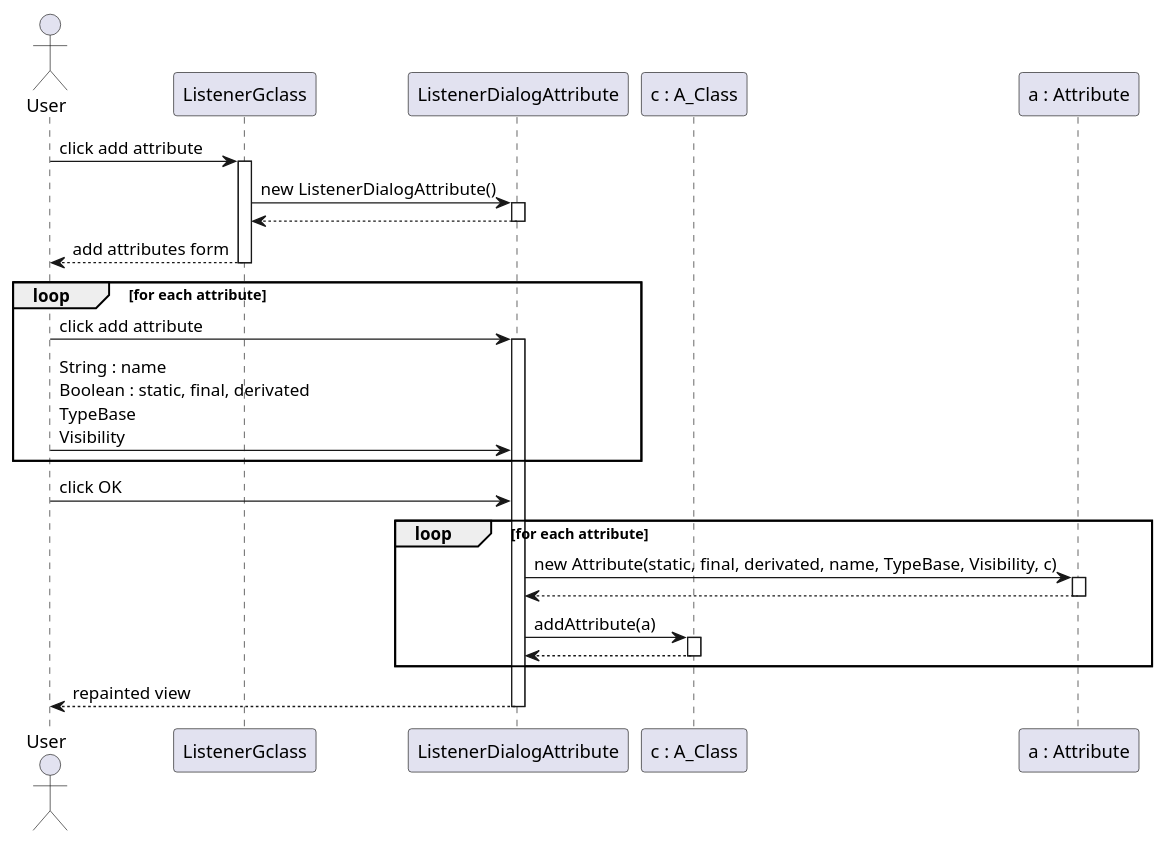
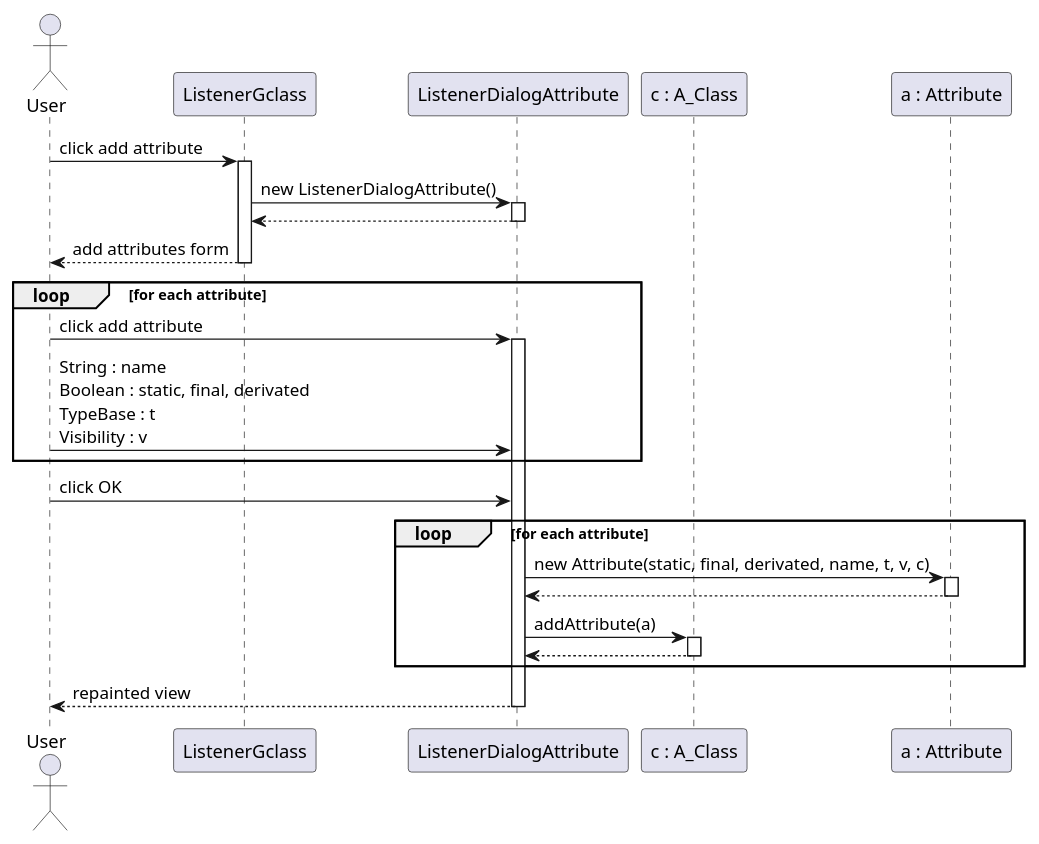
One commit to Phalexei/Modeleur changed the diagram in src/com/github/tomap/uml/conception/sequenceDiagrams/addAttributeClass.puml. Above: the diagram before and after it, drawn with PlantUML. The commit also changed 2 other files, not shown here.

Commit message:
diagrammes de séquence

```diff
--- a/src/com/github/tomap/uml/conception/sequenceDiagrams/addAttributeClass.puml
+++ b/src/com/github/tomap/uml/conception/sequenceDiagrams/addAttributeClass.puml
@@ -1,41 +1,41 @@
 @startuml
 
     actor User as u
     participant ListenerGclass as lgc
     participant ListenerDialogAttribute as lda
     participant "c : A_Class" as c
     participant "a : Attribute" as at
 
     u -> lgc: click add attribute
     activate lgc
 
     lgc -> lda: new ListenerDialogAttribute()
     activate lda
     lda --> lgc
     deactivate lda
 
     lgc --> u: add attributes form
     deactivate lgc
 
     loop for each attribute
         u -> lda: click add attribute
         activate lda
-        u -> lda: String : name\nBoolean : static, final, derivated\nTypeBase\nVisibility
+        u -> lda: String : name\nBoolean : static, final, derivated\nTypeBase : t\nVisibility : v
     end
 
     u -> lda: click OK
 
     loop for each attribute
-        lda -> at: new Attribute(static, final, derivated, name, TypeBase, Visibility, c)
+        lda -> at: new Attribute(static, final, derivated, name, t, v, c)
         activate at
         at --> lda
         deactivate at
         lda -> c: addAttribute(a)
         activate c
         c --> lda
         deactivate c
     end
 
     lda --> u: repainted view
     deactivate lda
 @enduml
```
